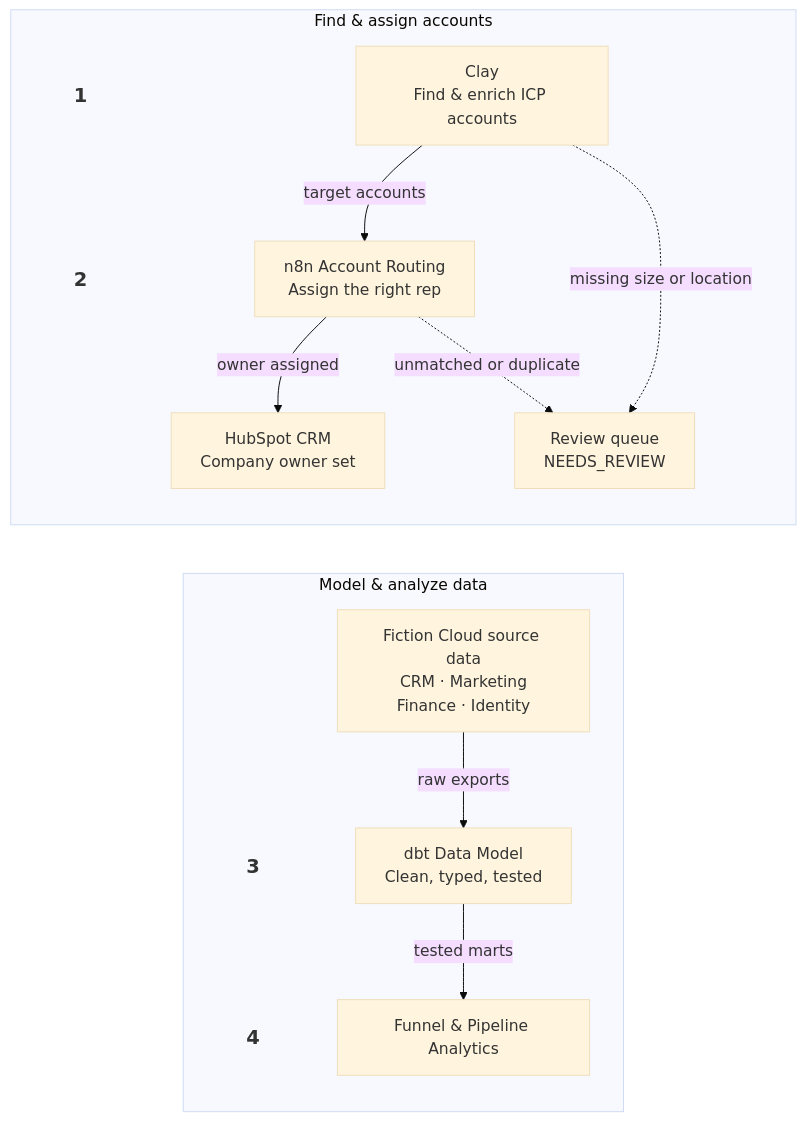
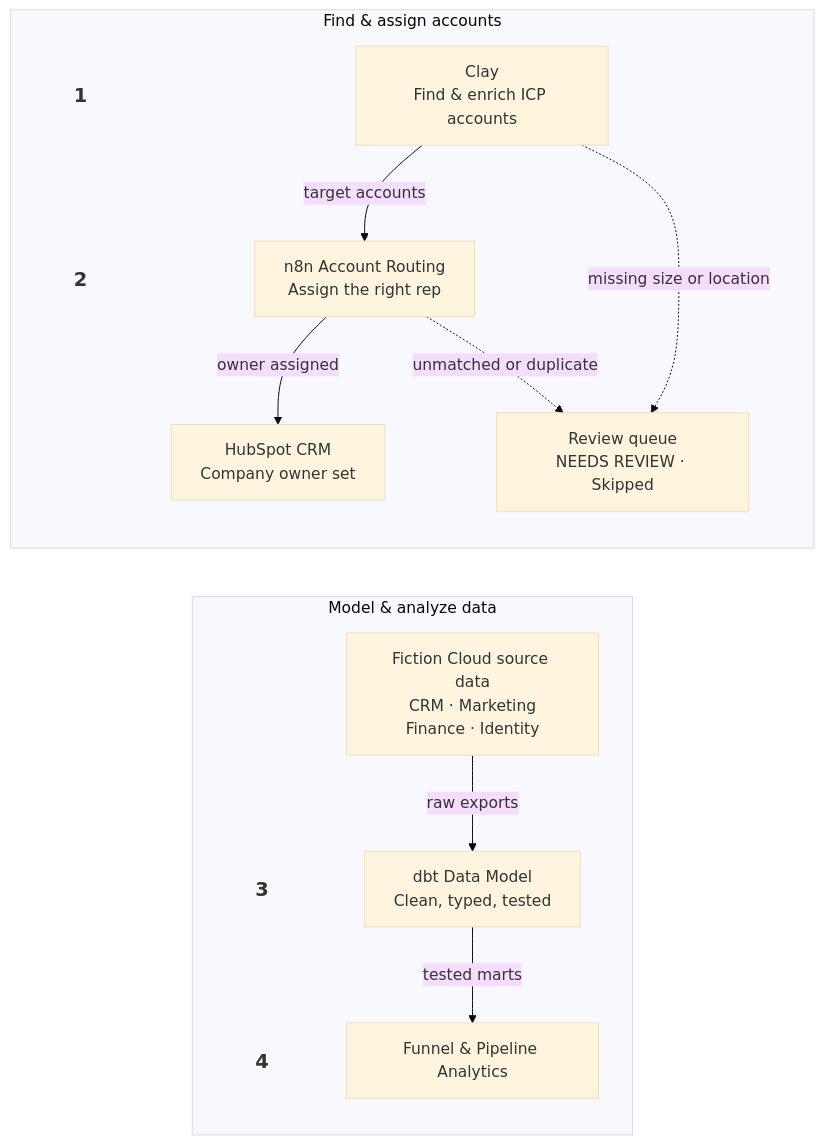
Before and after one commit to joshane1/GTM-Portfolio: the diagram in README.md, drawn with Mermaid (base theme). The commit also changed other lines of this file and 5 other files, not shown here.

````diff
--- a/README.md
+++ b/README.md
@@ -40,30 +40,30 @@
 ```mermaid
 flowchart TD
     subgraph assign["Find & assign accounts"]
         direction TB
         n1["<b>1</b>"] ~~~ n2["<b>2</b>"] ~~~ gap2[" "]
         clay["Clay<br/>Find & enrich ICP accounts"]
         routing["n8n Account Routing<br/>Assign the right rep"]
         crm["HubSpot CRM<br/>Company owner set"]
-        review["Review queue<br/>NEEDS_REVIEW"]
+        review["Review queue<br/>NEEDS REVIEW · Skipped"]
     end
 
     subgraph analyze["Model & analyze data"]
         direction TB
         gap[" "] ~~~ n3["<b>3</b>"] ~~~ n4["<b>4</b>"]
         sources["Fiction Cloud source data<br/>CRM · Marketing<br/>Finance · Identity"]
         model["dbt Data Model<br/>Clean, typed, tested"]
         analytics["Funnel & Pipeline Analytics"]
     end
 
     assign ~~~ analyze
     clay -->|target accounts| routing
     routing -->|owner assigned| crm
     clay -.->|missing size or location| review
     routing -.->|unmatched or duplicate| review
     sources -->|raw exports| model
     model -->|tested marts| analytics
 
     classDef num fill:none,stroke:none,font-size:20px
     class n1,n2,n3,n4,gap,gap2 num
 ```
````
